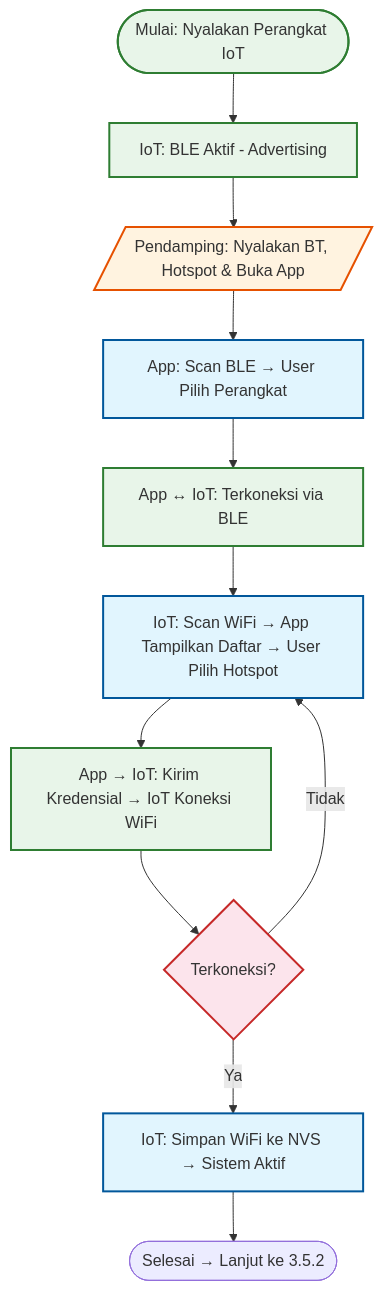
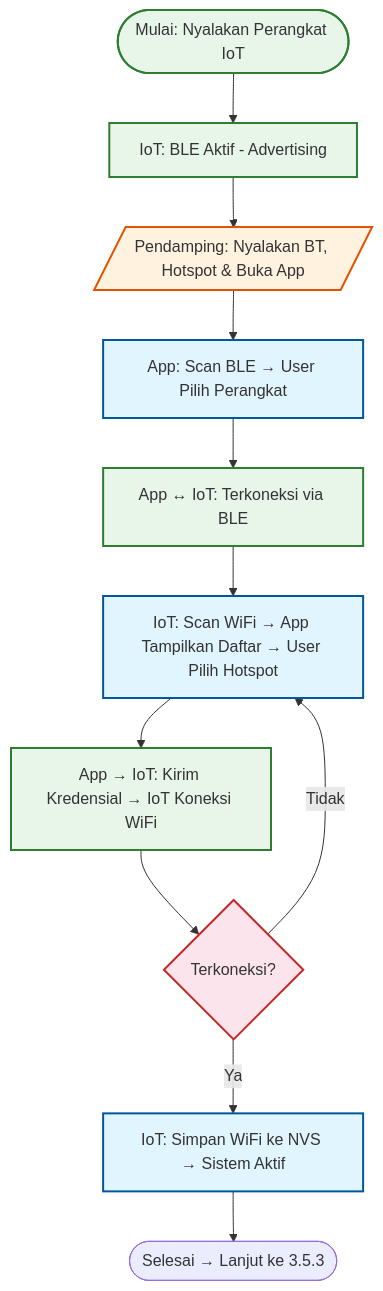
One commit to aan-andiyanaS/draf changed the first of 10 diagrams in alur-logika.md. Above: the diagram before and after it, drawn with Mermaid. The commit also changed other lines of this file and 7 other files, not shown here.

Commit message:
edit all and add perangcangan diagram

````diff
--- a/alur-logika.md
+++ b/alur-logika.md
@@ -20,30 +21,30 @@
    ```mermaid
    flowchart TD
       Start([Mulai: Nyalakan Perangkat IoT])
       ActivateBLE[IoT: BLE Aktif - Advertising]
       UserPrep[/Pendamping: Nyalakan BT, Hotspot & Buka App/]
       ScanPilih[App: Scan BLE → User Pilih Perangkat]
       ConnBLE[App ↔ IoT: Terkoneksi via BLE]
       ProvWiFi[IoT: Scan WiFi → App Tampilkan Daftar → User Pilih Hotspot]
       KirimKoneksi[App → IoT: Kirim Kredensial → IoT Koneksi WiFi]
       CheckConn{Terkoneksi?}
       SaveAktif[IoT: Simpan WiFi ke NVS → Sistem Aktif]
-      End([Selesai → Lanjut ke 3.5.2])
+      End([Selesai → Lanjut ke 3.5.3])
 
       Start --> ActivateBLE --> UserPrep --> ScanPilih
       ScanPilih --> ConnBLE --> ProvWiFi --> KirimKoneksi
       KirimKoneksi --> CheckConn
       CheckConn -- Ya --> SaveAktif --> End
       CheckConn -- Tidak --> ProvWiFi
 
       %% Styling
       classDef research fill:#e1f5fe,stroke:#01579b,stroke-width:2px;
       classDef design fill:#e8f5e9,stroke:#2e7d32,stroke-width:2px;
       classDef impl fill:#fff3e0,stroke:#e65100,stroke-width:2px;
       classDef decision fill:#fce4ec,stroke:#c62828,stroke-width:2px;
 
       class ScanPilih,ProvWiFi,SaveAktif research;
       class Start,ActivateBLE,ConnBLE,KirimKoneksi design;
       class UserPrep impl;
       class CheckConn decision;
    ```
````
